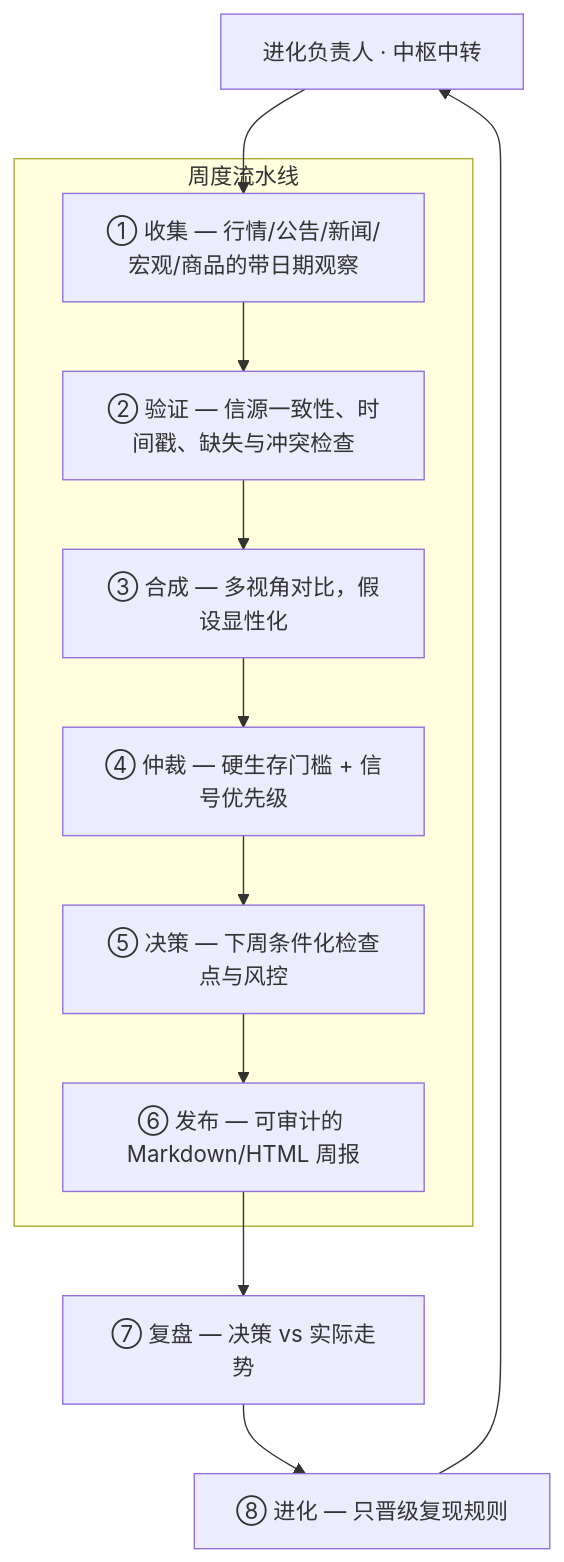
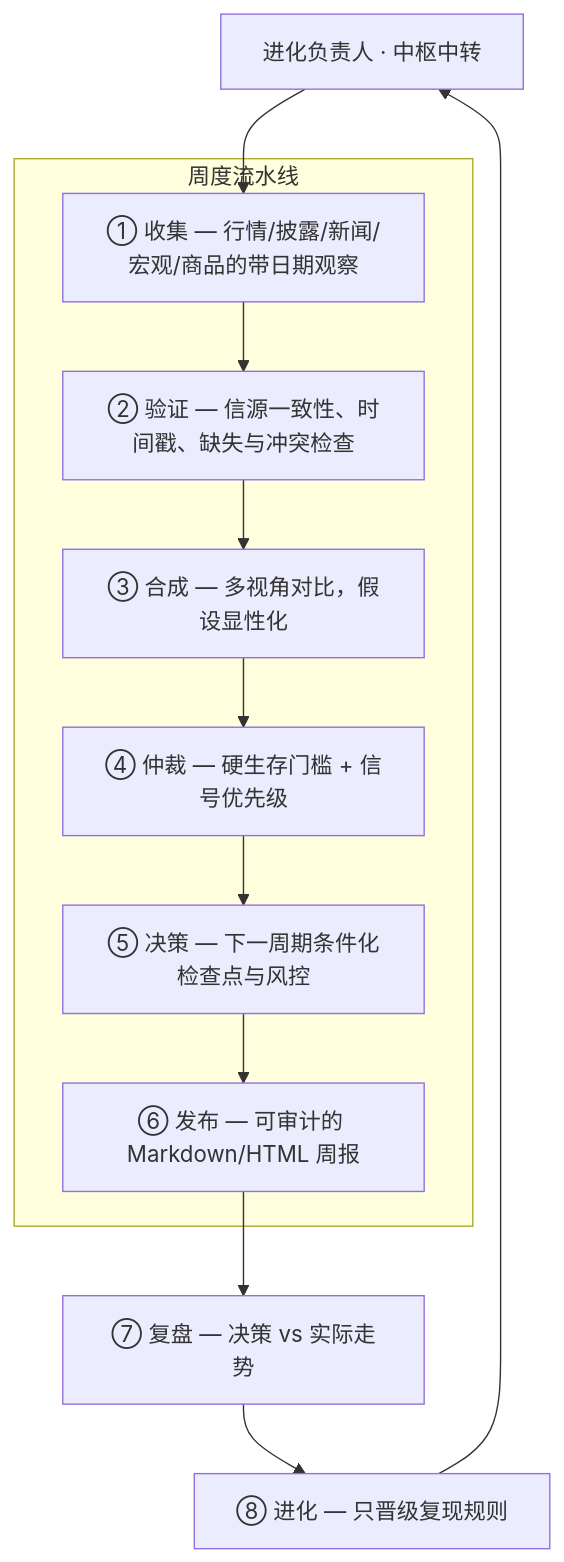
One commit to marqosjiang-gif/antifragile-decision-loop changed the first of 2 diagrams in docs/README.zh-CN.md. Above: the diagram before and after it, drawn with Mermaid. The commit also changed other lines of this file and 37 other files, not shown here.

````diff
--- a/docs/README.zh-CN.md
+++ b/docs/README.zh-CN.md
@@ -40,12 +40,12 @@
 ```mermaid
 flowchart TD
     L["进化负责人 · 中枢中转"] --> S1
     subgraph WEEKLY["周度流水线"]
-        S1["① 收集 — 行情/公告/新闻/宏观/商品的带日期观察"] --> S2["② 验证 — 信源一致性、时间戳、缺失与冲突检查"]
+        S1["① 收集 — 行情/披露/新闻/宏观/商品的带日期观察"] --> S2["② 验证 — 信源一致性、时间戳、缺失与冲突检查"]
         S2 --> S3["③ 合成 — 多视角对比，假设显性化"]
         S3 --> S4["④ 仲裁 — 硬生存门槛 + 信号优先级"]
-        S4 --> S5["⑤ 决策 — 下周条件化检查点与风控"]
+        S4 --> S5["⑤ 决策 — 下一周期条件化检查点与风控"]
         S5 --> S6["⑥ 发布 — 可审计的 Markdown/HTML 周报"]
     end
     S6 --> R["⑦ 复盘 — 决策 vs 实际走势"] --> E["⑧ 进化 — 只晋级复现规则"] --> L
 ```
````
